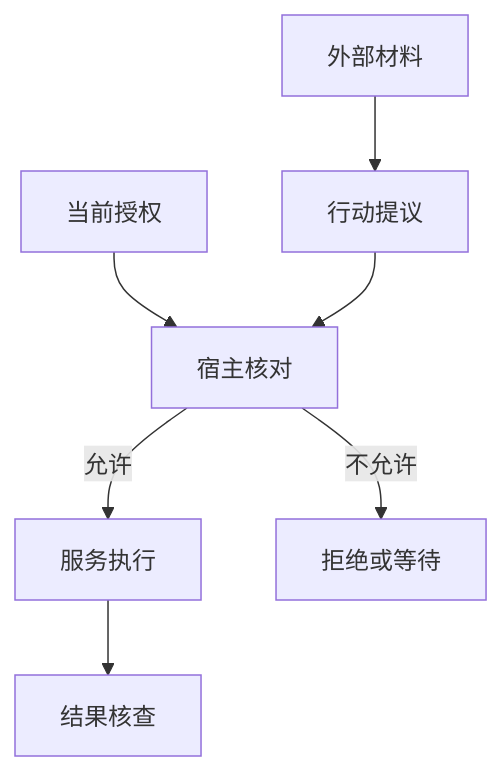
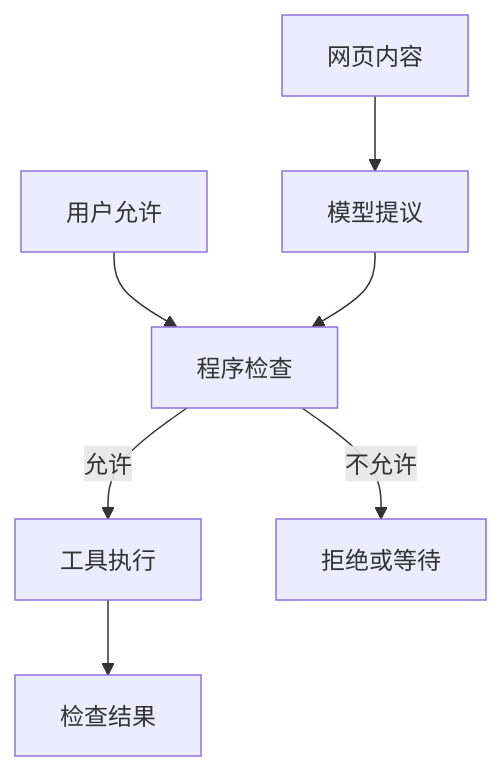
One commit to Mar-garet/agent-book changed the diagram in book/20-trust-boundaries.md. Above: the diagram before and after it, drawn with Mermaid. The commit also changed other lines of this file and 27 other files, not shown here.

````diff
--- a/book/20-trust-boundaries.md
+++ b/book/20-trust-boundaries.md
@@ -17,10 +17,10 @@
 ```mermaid
-%% 观察可以提出线索，许可由执行边界核对
+%% 网页提供资料，用户决定允许做什么
 flowchart TD
-    A[外部材料] --> C[行动提议]
-    B[当前授权] --> D[宿主核对]
+    A[网页内容] --> C[模型提议]
+    B[用户允许] --> D[程序检查]
     C --> D
-    D -->|允许| E[服务执行]
+    D -->|允许| E[工具执行]
     D -->|不允许| F[拒绝或等待]
-    E --> G[结果核查]
+    E --> G[检查结果]
 ```
````
